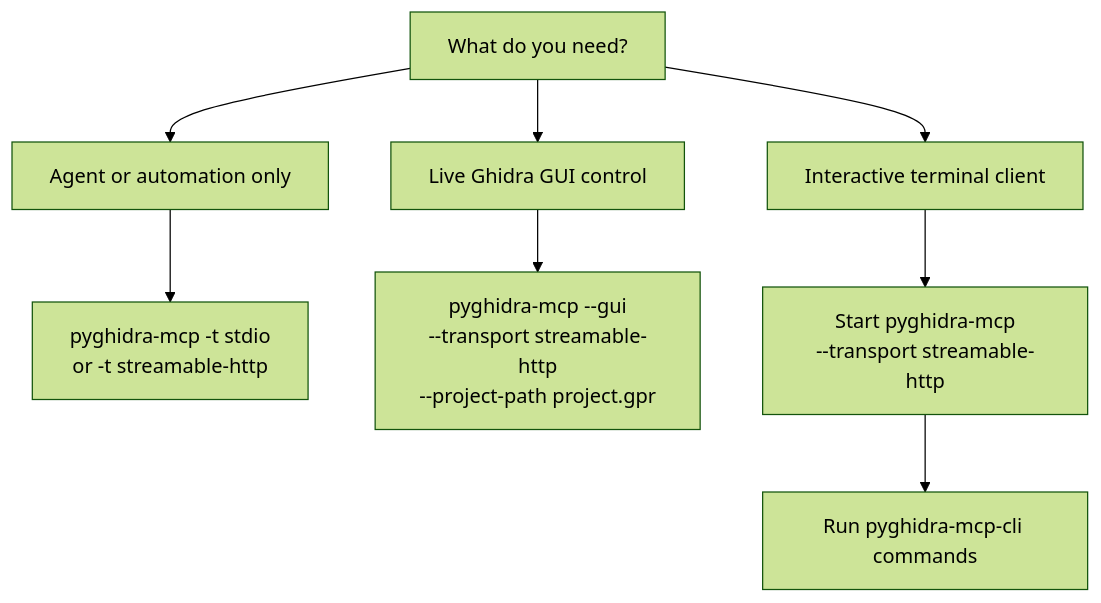
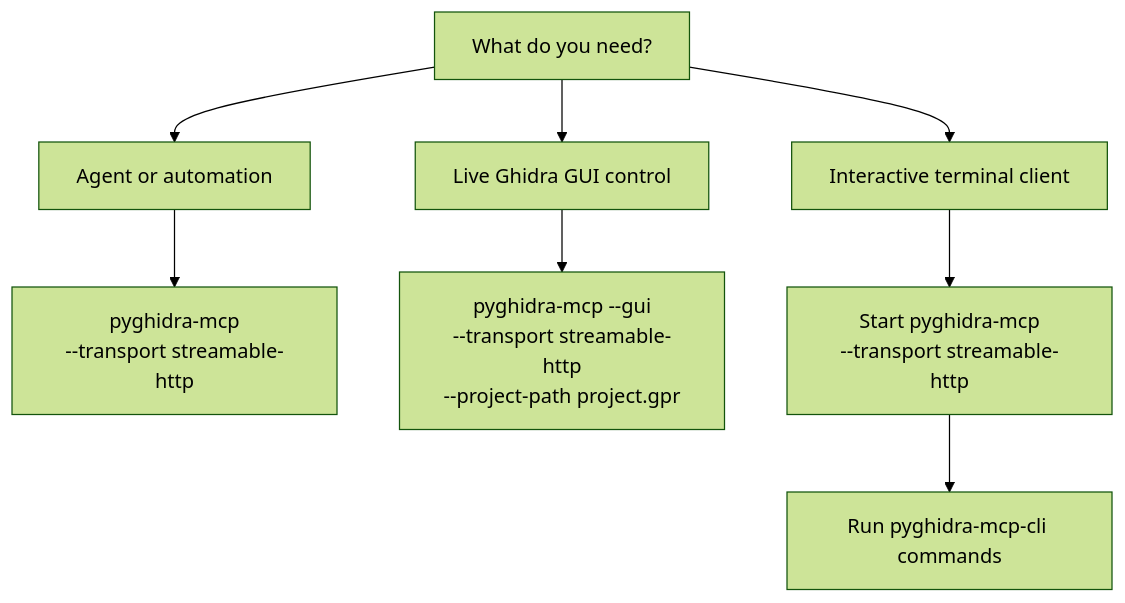
Before and after one commit to clearbluejar/pyghidra-mcp: the second of 3 diagrams in README.md, drawn with Mermaid (forest theme). The commit also changed other lines of this file, not shown here.

````diff
--- a/README.md
+++ b/README.md
@@ -81,12 +81,12 @@
 ```mermaid
 flowchart TD
     Start["What do you need?"]
-    Start --> Headless["Agent or automation only"]
+    Start --> Headless["Agent or automation"]
     Start --> GuiNeed["Live Ghidra GUI control"]
     Start --> Terminal["Interactive terminal client"]
 
-    Headless --> Stdio["pyghidra-mcp -t stdio<br/>or -t streamable-http"]
+    Headless --> Http["pyghidra-mcp<br/>--transport streamable-http"]
     GuiNeed --> GuiMode["pyghidra-mcp --gui<br/>--transport streamable-http<br/>--project-path project.gpr"]
     Terminal --> HttpServer["Start pyghidra-mcp<br/>--transport streamable-http"]
     HttpServer --> CliMode["Run pyghidra-mcp-cli commands"]
 ```
````
